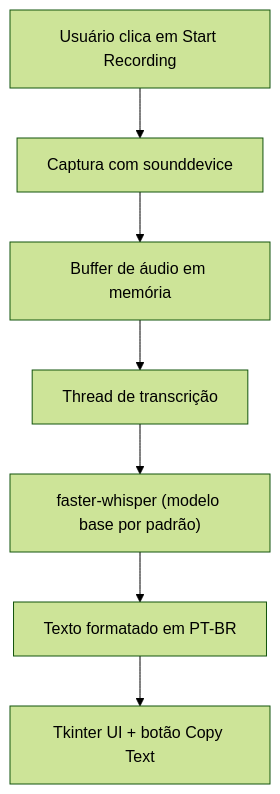
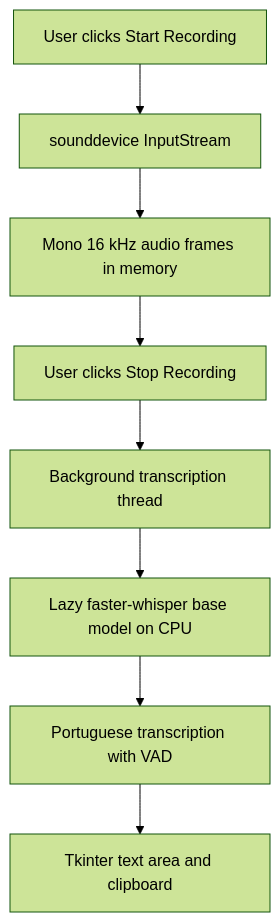
The diagram in README.md (xfelipealves/audio-to-text), drawn with Mermaid (forest theme) before and after one commit. The commit also changed other lines of this file, not shown here.

Commit message:
Document audio transcription setup

````diff
--- a/README.md
+++ b/README.md
@@ -5,9 +17,10 @@
 ```mermaid
 flowchart TD
-    A[Usuário clica em Start Recording] --> B[Captura com sounddevice]
-    B --> C[Buffer de áudio em memória]
-    C --> D[Thread de transcrição]
-    D --> E["faster-whisper (modelo base por padrão)"]
-    E --> F[Texto formatado em PT-BR]
-    F --> G["Tkinter UI + botão Copy Text"]
+    A[User clicks Start Recording] --> B[sounddevice InputStream]
+    B --> C[Mono 16 kHz audio frames in memory]
+    C --> D[User clicks Stop Recording]
+    D --> E[Background transcription thread]
+    E --> F[Lazy faster-whisper base model on CPU]
+    F --> G[Portuguese transcription with VAD]
+    G --> H[Tkinter text area and clipboard]
 ```
````
